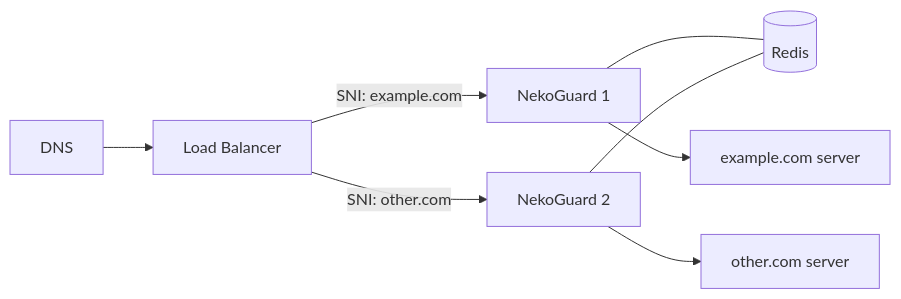
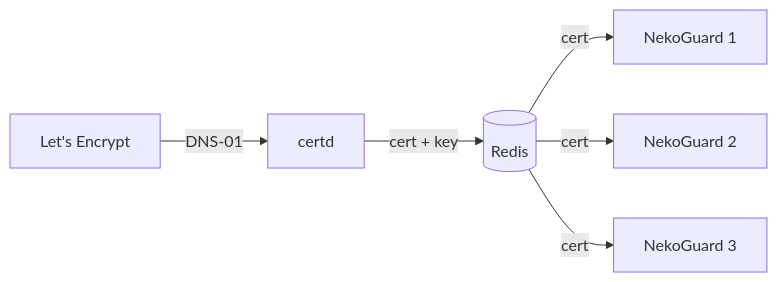
The second of 3 diagrams in README.md (rawnullbyte/NekoGuard), drawn with Mermaid before and after one commit. The commit also changed other lines of this file and 18 other files, not shown here.

````diff
--- a/README.md
+++ b/README.md
@@ -215,10 +291,8 @@
 ```mermaid
 flowchart LR
-    DNS[DNS] --> LB[Load Balancer]
-    LB -->|SNI: example.com| R1[NekoGuard 1]
-    LB -->|SNI: other.com| R2[NekoGuard 2]
-    R1 --- Redis[(Redis)]
-    R2 --- Redis
-    R1 --> S1[example.com server]
-    R2 --> S2[other.com server]
+    LE[Let's Encrypt] -->|DNS-01| CD[certd]
+    CD -->|cert + key| Redis[(Redis)]
+    Redis -->|cert| NG1[NekoGuard 1]
+    Redis -->|cert| NG2[NekoGuard 2]
+    Redis -->|cert| NG3[NekoGuard 3]
 ```
````
